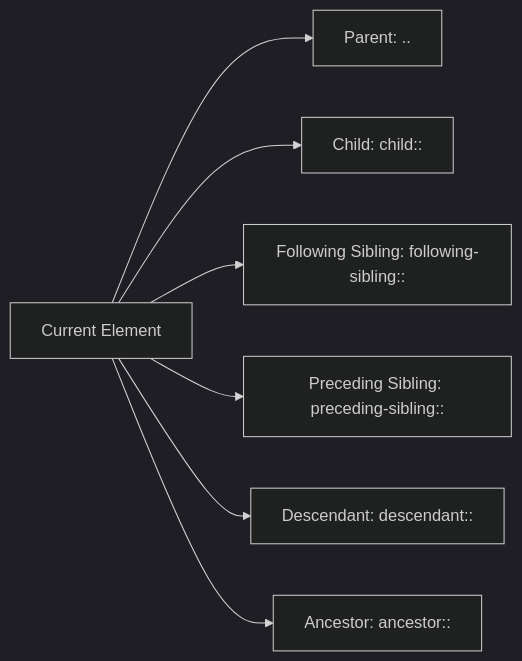
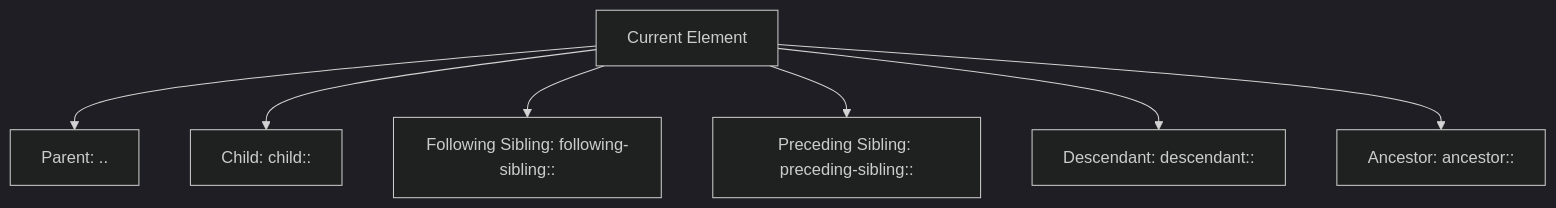
The second of 3 diagrams in _posts/2025-05-03-xpath-basics-navigating-web-pages-like-map.md (bytetunnels/bytetunnels.github.com), drawn with Mermaid (dark theme) before and after one commit. The commit also changed 25 other files, not shown here.

Commit message:
chore: fixed mermaid charts

````diff
--- a/_posts/2025-05-03-xpath-basics-navigating-web-pages-like-map.md
+++ b/_posts/2025-05-03-xpath-basics-navigating-web-pages-like-map.md
@@ -124,9 +124,11 @@
 ```mermaid
-graph LR
-    A[Current Element] --> B[Parent: ..]
+graph TD
+    A[Current Element]
+
+    A --> B[Parent: ..]
     A --> C[Child: child::]
     A --> D[Following Sibling: following-sibling::]
     A --> E[Preceding Sibling: preceding-sibling::]
     A --> F[Descendant: descendant::]
     A --> G[Ancestor: ancestor::]
 ```
````
